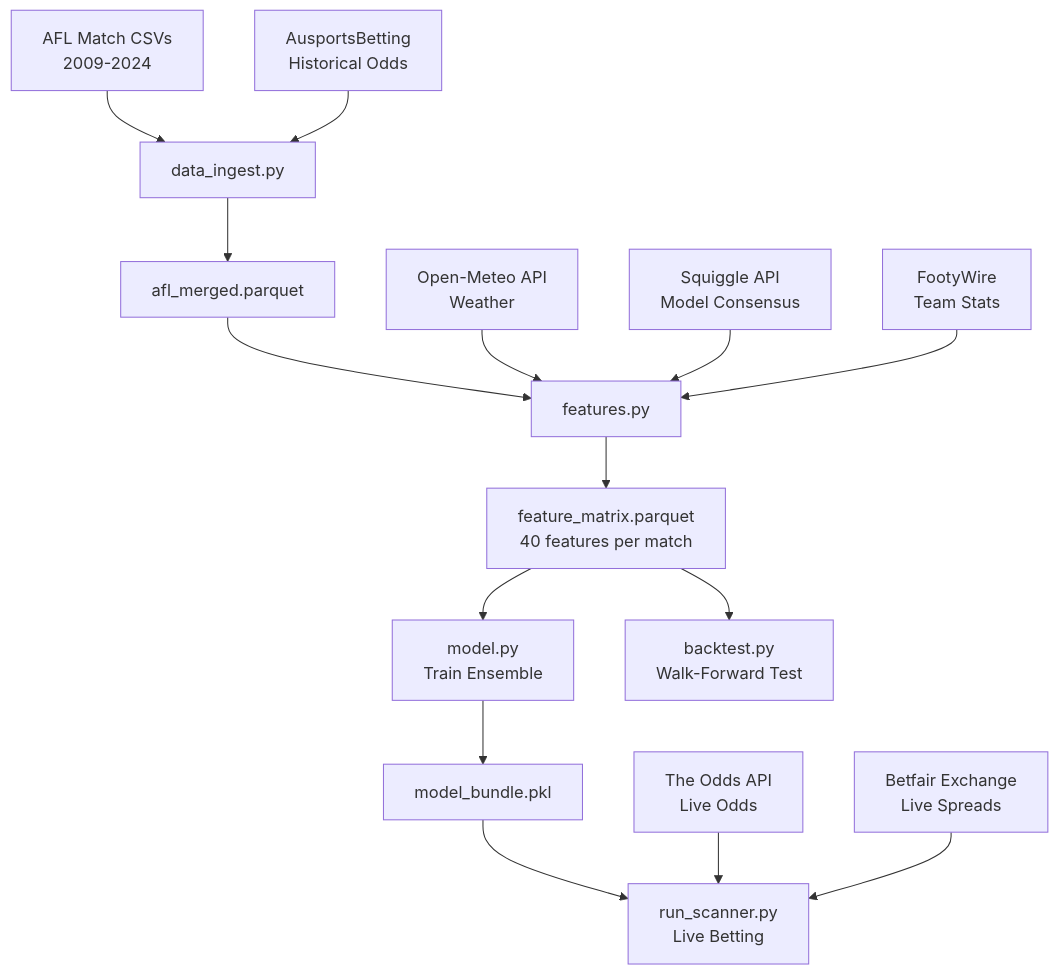
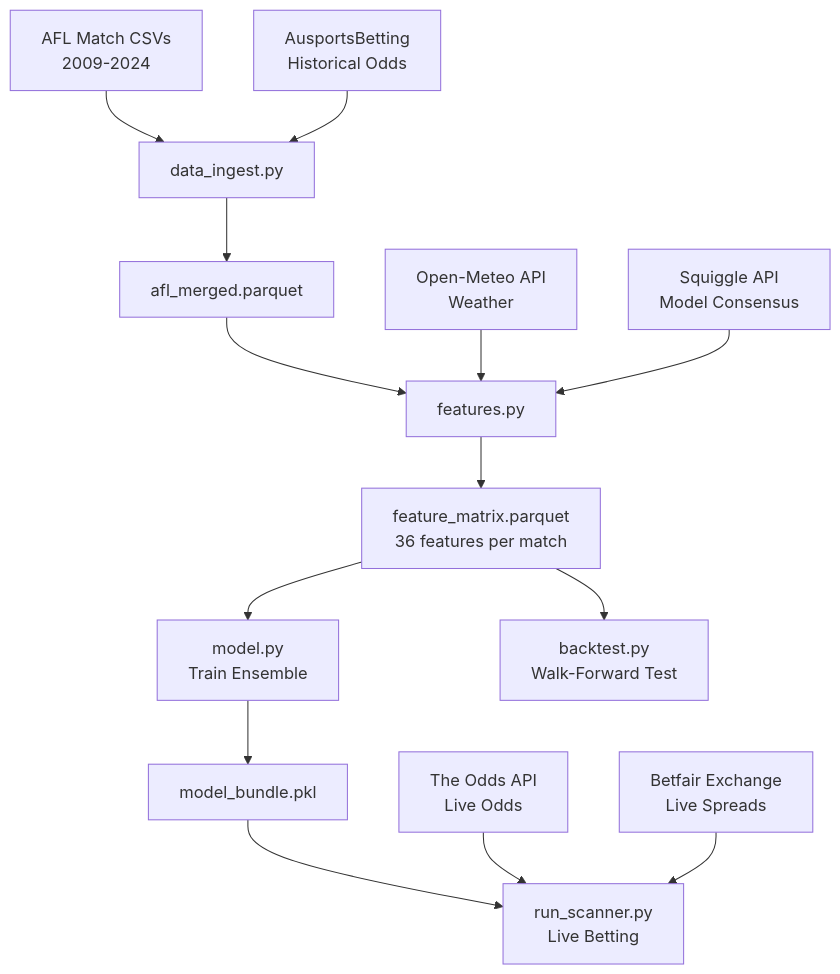
Before and after one commit to plwp/afl-betting: the second of 2 diagrams in README.md, drawn with Mermaid. The commit also changed other lines of this file and 13 other files, not shown here.

````diff
--- a/README.md
+++ b/README.md
@@ -195,17 +208,16 @@
 ```mermaid
 graph TD
     A[AFL Match CSVs<br/>2009-2024] --> D[data_ingest.py]
     B[AusportsBetting<br/>Historical Odds] --> D
     D --> E[afl_merged.parquet]
     E --> F[features.py]
     G[Open-Meteo API<br/>Weather] --> F
     H[Squiggle API<br/>Model Consensus] --> F
-    I[FootyWire<br/>Team Stats] --> F
-    F --> J[feature_matrix.parquet<br/>40 features per match]
+    F --> J[feature_matrix.parquet<br/>36 features per match]
     J --> K[model.py<br/>Train Ensemble]
     J --> L[backtest.py<br/>Walk-Forward Test]
     K --> M[model_bundle.pkl]
     M --> N[run_scanner.py<br/>Live Betting]
     O[The Odds API<br/>Live Odds] --> N
     P[Betfair Exchange<br/>Live Spreads] --> N
 ```
````
